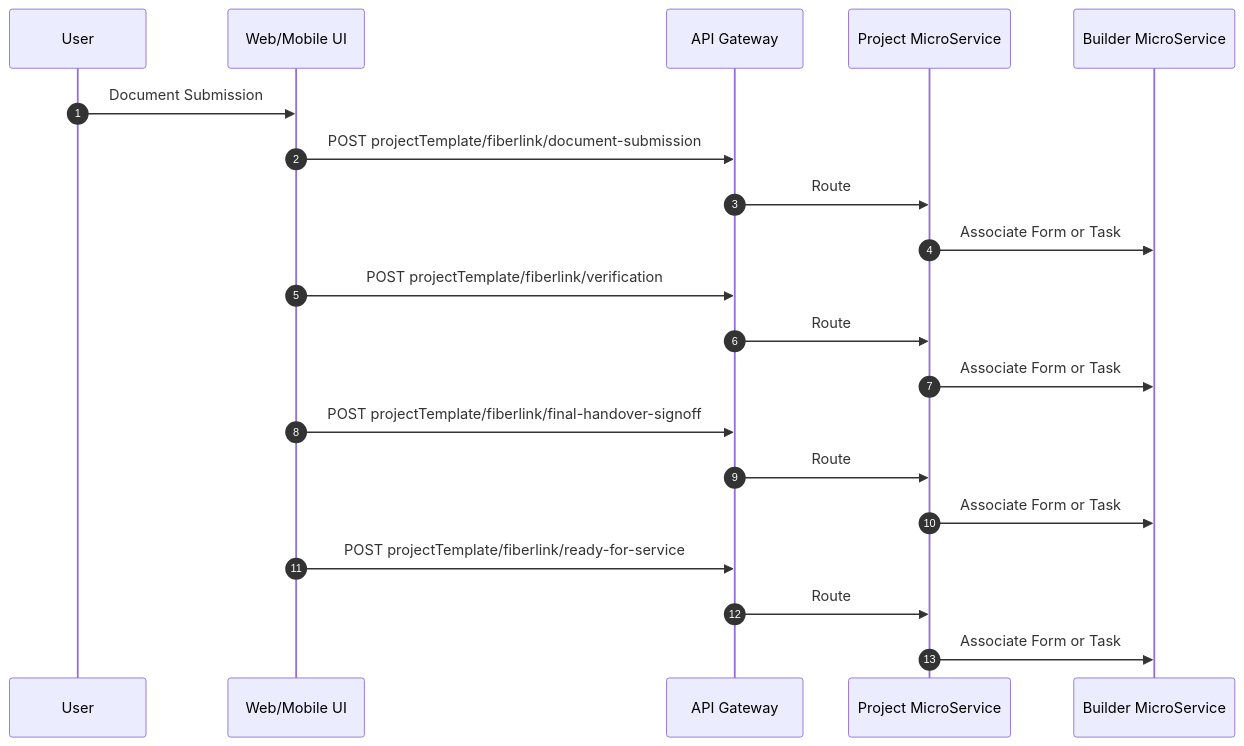
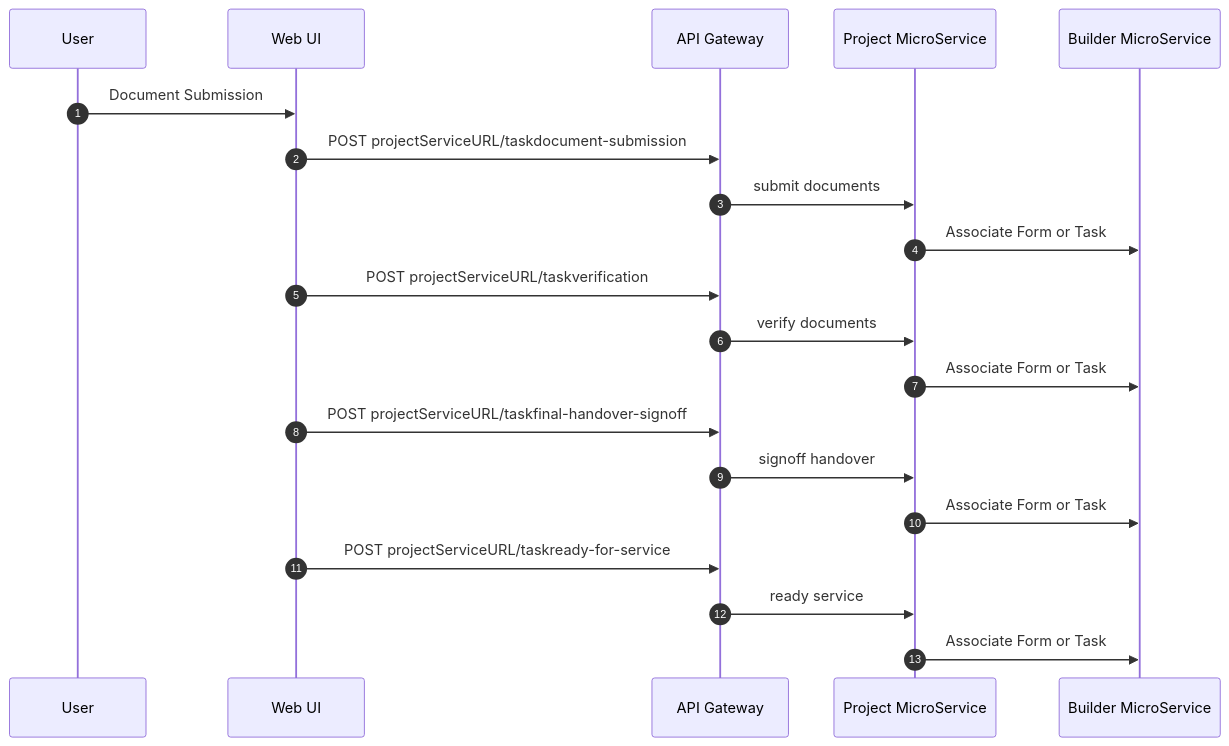
One commit to BhavikVisionGit/Fiberneo-Documents changed the seventh of 11 diagrams in Fiberneo-Document/LLD/LLD.md. Above: the diagram before and after it, drawn with Mermaid. The commit also changed other lines of this file, not shown here.

````diff
--- a/Fiberneo-Document/LLD/LLD.md
+++ b/Fiberneo-Document/LLD/LLD.md
@@ -431,26 +375,26 @@
 ```mermaid
 sequenceDiagram
   autonumber
   participant U as User
-  participant UI as Web/Mobile UI
+  participant UI as Web UI
   participant GW as API Gateway
   participant PG as Project MicroService
   participant BD as Builder MicroService
 
   U->>UI: Document Submission
-  UI->>GW: POST projectTemplate/fiberlink/document-submission
-  GW->>PG: Route
+  UI->>GW: POST projectServiceURL/taskdocument-submission
+  GW->>PG: submit documents
   PG->>BD: Associate Form or Task
 
-  UI->>GW: POST projectTemplate/fiberlink/verification
-  GW->>PG: Route
+  UI->>GW: POST projectServiceURL/taskverification
+  GW->>PG: verify documents
   PG->>BD: Associate Form or Task
 
-  UI->>GW: POST projectTemplate/fiberlink/final-handover-signoff
-  GW->>PG: Route
+  UI->>GW: POST projectServiceURL/taskfinal-handover-signoff
+  GW->>PG: signoff handover
   PG->>BD: Associate Form or Task
 
-  UI->>GW: POST projectTemplate/fiberlink/ready-for-service
-  GW->>PG: Route
+  UI->>GW: POST projectServiceURL/taskready-for-service
+  GW->>PG: ready service
   PG->>BD: Associate Form or Task
 ```
````
